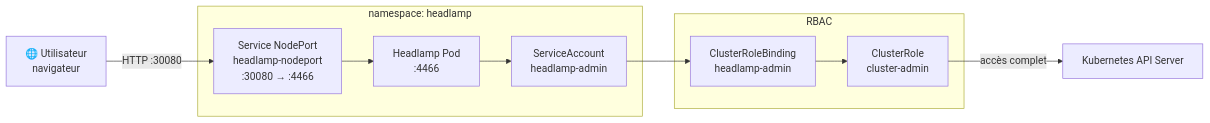
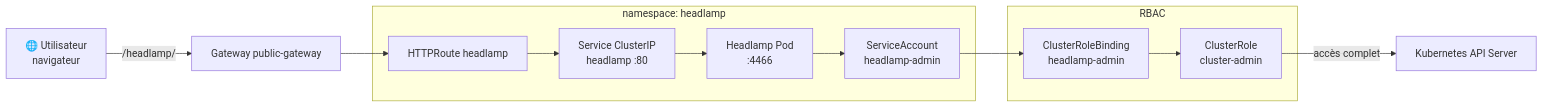
One commit to PikPakPik/T-CLO-902-NAN_1 changed the diagram in docs/headlamp.md. Above: the diagram before and after it, drawn with Mermaid. The commit also changed other lines of this file and 3 other files, not shown here.

Commit message:
feat(headlamp): update documentation and add HTTPRoute for Gateway integration

````diff
--- a/docs/headlamp.md
+++ b/docs/headlamp.md
@@ -7,21 +7,22 @@
 ```mermaid
 flowchart LR
-    user[🌐 Utilisateur\nnavigateur] -->|HTTP :30080| svc
+    user[🌐 Utilisateur\nnavigateur] -->|/headlamp/| gw
+    gw[Gateway public-gateway] --> route[HTTPRoute headlamp]
 
     subgraph ns[namespace: headlamp]
-        svc[Service NodePort\nheadlamp-nodeport\n:30080 → :4466]
+        route --> svc[Service ClusterIP\nheadlamp :80]
         pod[Headlamp Pod\n:4466]
         sa[ServiceAccount\nheadlamp-admin]
         svc --> pod
         pod --> sa
     end
 
     subgraph rbac[RBAC]
         crb[ClusterRoleBinding\nheadlamp-admin]
         cr[ClusterRole\ncluster-admin]
         crb --> cr
     end
 
     sa --> crb
     cr -->|accès complet| api[Kubernetes API Server]
 ```
````
